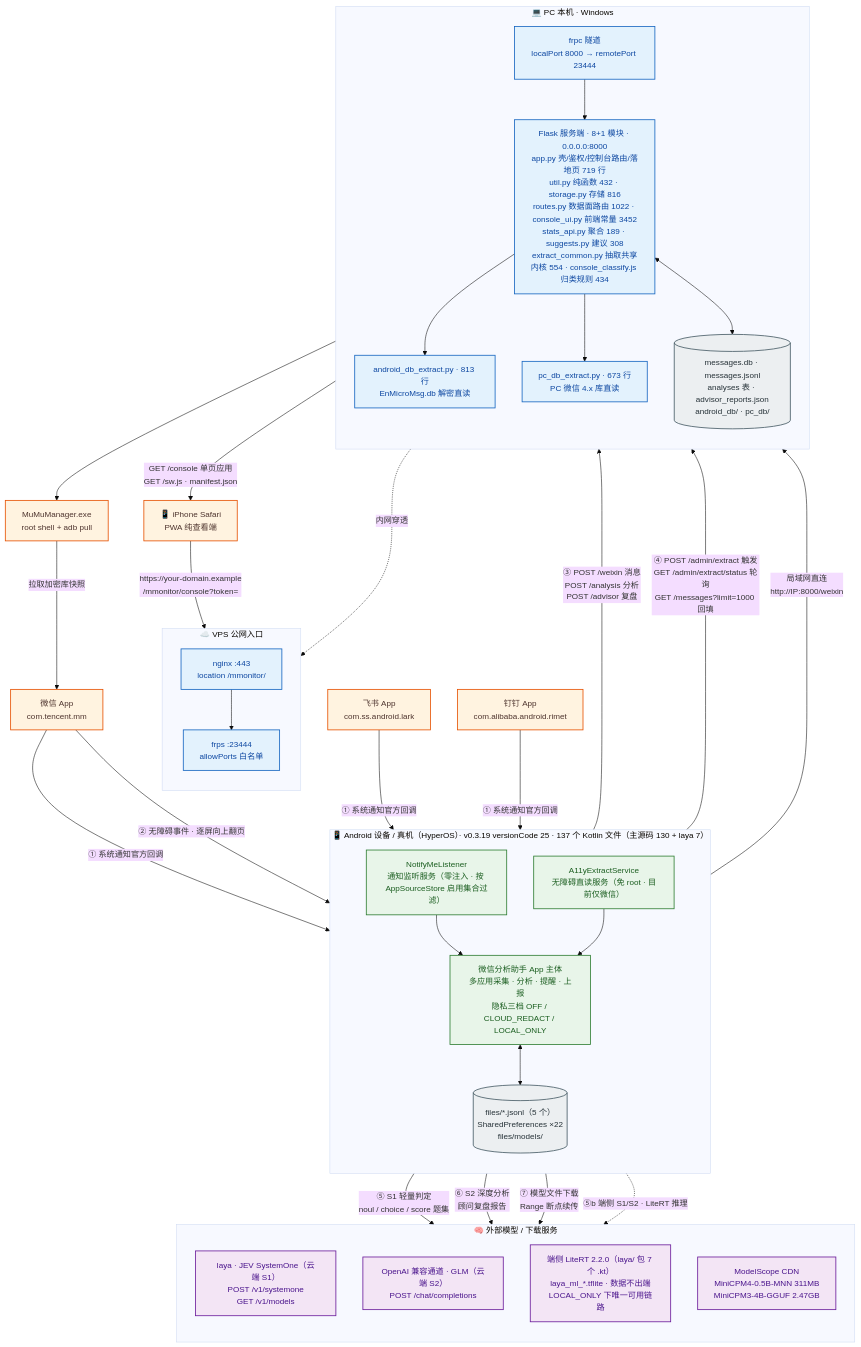
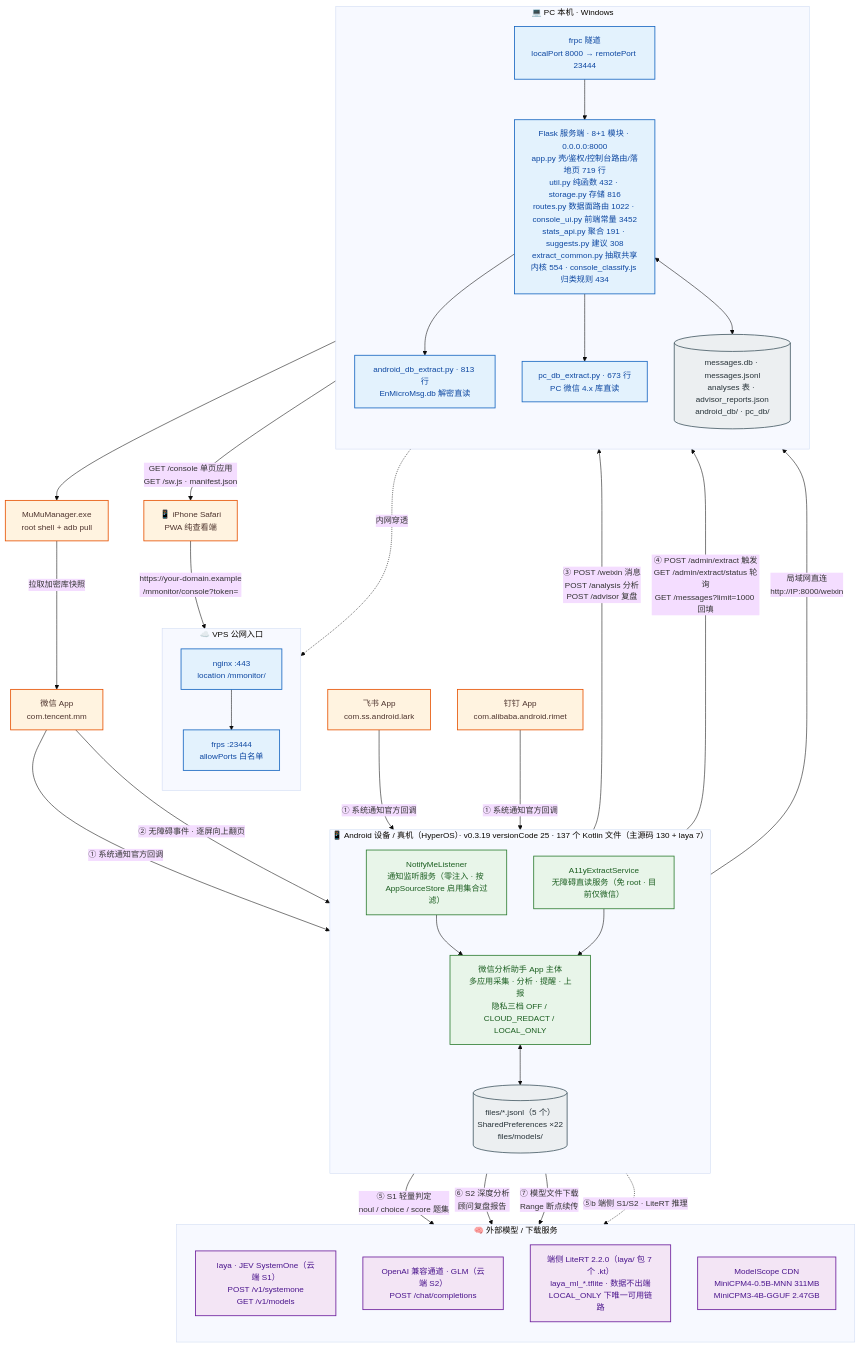
One commit to solidjoker/notifyme changed the diagram in docs/architecture/diagrams/01-system-context.mmd. Above: the diagram before and after it, drawn with Mermaid. The commit also changed 14 other files, not shown here.

```diff
--- a/docs/architecture/diagrams/01-system-context.mmd
+++ b/docs/architecture/diagrams/01-system-context.mmd
@@ -1,70 +1,70 @@
 %%{init: {'theme':'base','themeVariables':{'fontSize':'15px','fontFamily':'Microsoft YaHei, PingFang SC, sans-serif'},'flowchart':{'htmlLabels':true,'curve':'basis'}}}%%
 flowchart TB
     classDef ext  fill:#fff3e0,stroke:#e65100,stroke-width:1.5px,color:#4e342e
     classDef app  fill:#e8f5e9,stroke:#2e7d32,stroke-width:1.5px,color:#1b5e20
     classDef srv  fill:#e3f2fd,stroke:#1565c0,stroke-width:1.5px,color:#0d47a1
     classDef llm  fill:#f3e5f5,stroke:#6a1b9a,stroke-width:1.5px,color:#4a148c
     classDef store fill:#eceff1,stroke:#455a64,stroke-width:1.5px,color:#263238
 
     WX["微信 App<br/>com.tencent.mm"]:::ext
     FS["飞书 App<br/>com.ss.android.lark"]:::ext
     DT["钉钉 App<br/>com.alibaba.android.rimet"]:::ext
 
     subgraph DEV["📱 Android 设备 / 真机（HyperOS）· v0.3.19 versionCode 25 · 137 个 Kotlin 文件（主源码 130 + laya 7）"]
         direction TB
         NL["NotifyMeListener<br/>通知监听服务（零注入 · 按 AppSourceStore 启用集合过滤）"]:::app
         A11Y["A11yExtractService<br/>无障碍直读服务（免 root · 目前仅微信）"]:::app
         CORE["微信分析助手 App 主体<br/>多应用采集 · 分析 · 提醒 · 上报<br/>隐私三档 OFF / CLOUD_REDACT / LOCAL_ONLY"]:::app
         STORE[("files/*.jsonl（5 个）<br/>SharedPreferences ×22<br/>files/models/")]:::store
         NL --> CORE
         A11Y --> CORE
         CORE <--> STORE
     end
 
     subgraph HOST["💻 PC 本机 · Windows"]
         direction TB
-        FLASK["Flask 服务端 · 8+1 模块 · 0.0.0.0:8000<br/>app.py 壳/鉴权/控制台路由/落地页 719 行<br/>util.py 纯函数 432 · storage.py 存储 816<br/>routes.py 数据面路由 1022 · console_ui.py 前端常量 3452<br/>stats_api.py 聚合 189 · suggests.py 建议 308<br/>extract_common.py 抽取共享内核 554 · console_classify.js 归类规则 434"]:::srv
+        FLASK["Flask 服务端 · 8+1 模块 · 0.0.0.0:8000<br/>app.py 壳/鉴权/控制台路由/落地页 719 行<br/>util.py 纯函数 432 · storage.py 存储 816<br/>routes.py 数据面路由 1022 · console_ui.py 前端常量 3452<br/>stats_api.py 聚合 191 · suggests.py 建议 308<br/>extract_common.py 抽取共享内核 554 · console_classify.js 归类规则 434"]:::srv
         ADBEX["android_db_extract.py · 813 行<br/>EnMicroMsg.db 解密直读"]:::srv
         PCEX["pc_db_extract.py · 673 行<br/>PC 微信 4.x 库直读"]:::srv
         DB[("messages.db · messages.jsonl<br/>analyses 表 · advisor_reports.json<br/>android_db/ · pc_db/")]:::store
         FRPC["frpc 隧道<br/>localPort 8000 → remotePort 23444"]:::srv
         FLASK --> ADBEX
         FLASK --> PCEX
         FLASK <--> DB
         FRPC --> FLASK
     end
 
     subgraph VPS["☁️ VPS 公网入口"]
         direction TB
         NGINX["nginx :443<br/>location /mmonitor/"]:::srv
         FRPS["frps :23444<br/>allowPorts 白名单"]:::srv
         NGINX --> FRPS
     end
 
     subgraph AI["🧠 外部模型 / 下载服务"]
         direction TB
         LAYA["laya · JEV SystemOne（云端 S1）<br/>POST /v1/systemone<br/>GET /v1/models"]:::llm
         GLM["OpenAI 兼容通道 · GLM（云端 S2）<br/>POST /chat/completions"]:::llm
         LITE["端侧 LiteRT 2.2.0（laya/ 包 7 个 .kt）<br/>laya_ml_*.tflite · 数据不出端<br/>LOCAL_ONLY 下唯一可用链路"]:::llm
         MS["ModelScope CDN<br/>MiniCPM4-0.5B-MNN 311MB<br/>MiniCPM3-4B-GGUF 2.47GB"]:::llm
     end
 
     MUMU["MuMuManager.exe<br/>root shell + adb pull"]:::ext
     IPHONE["📱 iPhone Safari<br/>PWA 纯查看端"]:::ext
 
     WX -->|"① 系统通知官方回调"| NL
     FS -->|"① 系统通知官方回调"| NL
     DT -->|"① 系统通知官方回调"| NL
     WX -->|"② 无障碍事件 · 逐屏向上翻页"| A11Y
     CORE -->|"③ POST /weixin 消息<br/>POST /analysis 分析<br/>POST /advisor 复盘"| FLASK
     CORE -->|"④ POST /admin/extract 触发<br/>GET /admin/extract/status 轮询<br/>GET /messages?limit=1000 回填"| FLASK
     CORE -->|"⑤ S1 轻量判定<br/>noul / choice / score 题集"| LAYA
     CORE -->|"⑥ S2 深度分析<br/>顾问复盘报告"| GLM
     CORE -->|"⑦ 模型文件下载<br/>Range 断点续传"| MS
     CORE -.->|"⑤b 端侧 S1/S2 · LiteRT 推理"| LITE
     ADBEX --> MUMU
     MUMU -->|"拉取加密库快照"| WX
     CORE -->|"局域网直连<br/>http://IP:8000/weixin"| FLASK
     FRPC -.->|"内网穿透"| FRPS
     IPHONE -->|"https://your-domain.example<br/>/mmonitor/console?token="| NGINX
     FLASK -->|"GET /console 单页应用<br/>GET /sw.js · manifest.json"| IPHONE
```
